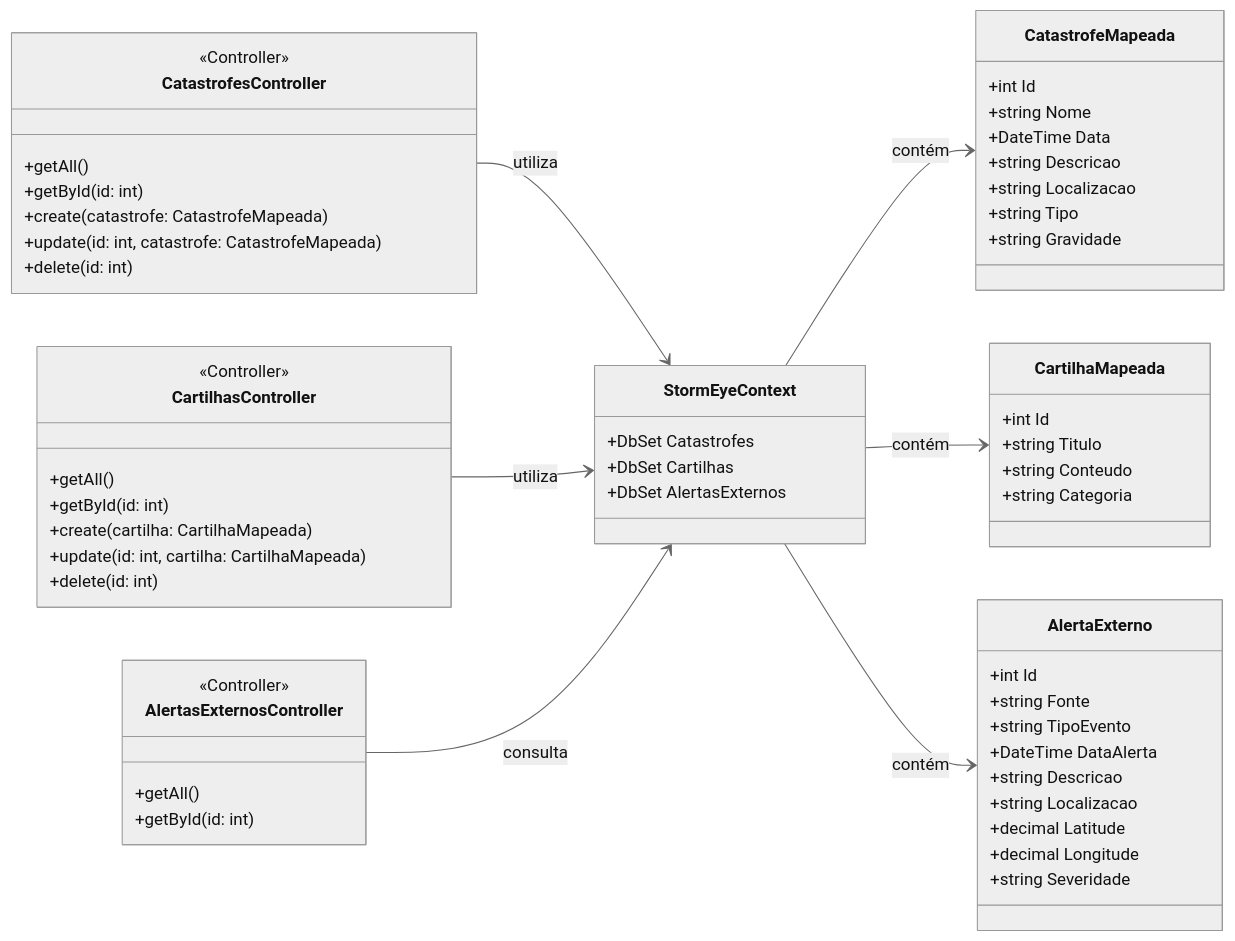
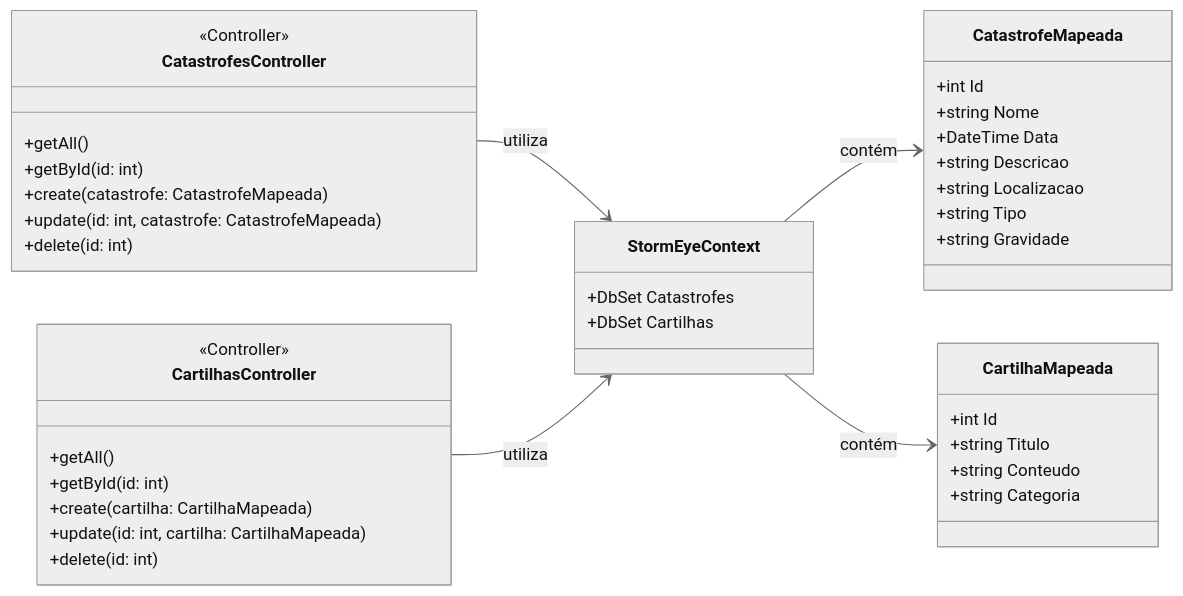
The diagram in README.md (AdonayRocha/StormEye), drawn with Mermaid (neutral theme) before and after one commit. The commit also changed other lines of this file, not shown here.

````diff
--- a/README.md
+++ b/README.md
@@ -101,70 +98,49 @@
 ```mermaid
 classDiagram
 direction LR
     class CatastrofeMapeada {
         +int Id
         +string Nome
         +DateTime Data
         +string Descricao
         +string Localizacao
         +string Tipo
         +string Gravidade
     }
 
     class CartilhaMapeada {
         +int Id
         +string Titulo
         +string Conteudo
         +string Categoria
     }
 
-    class AlertaExterno {
-        +int Id
-        +string Fonte
-        +string TipoEvento
-        +DateTime DataAlerta
-        +string Descricao
-        +string Localizacao
-        +decimal Latitude
-        +decimal Longitude
-        +string Severidade
-    }
-
     class StormEyeContext {
         +DbSet<CatastrofeMapeada> Catastrofes
         +DbSet<CartilhaMapeada> Cartilhas
-        +DbSet<AlertaExterno> AlertasExternos
     }
 
     class CatastrofesController {
         <<Controller>>
         +getAll()
         +getById(id: int)
         +create(catastrofe: CatastrofeMapeada)
         +update(id: int, catastrofe: CatastrofeMapeada)
         +delete(id: int)
     }
 
     class CartilhasController {
         <<Controller>>
         +getAll()
         +getById(id: int)
         +create(cartilha: CartilhaMapeada)
         +update(id: int, cartilha: CartilhaMapeada)
         +delete(id: int)
     }
 
-    class AlertasExternosController {
-        <<Controller>>
-        +getAll()
-        +getById(id: int)
-    }
-
     StormEyeContext --> CatastrofeMapeada : contém
     StormEyeContext --> CartilhaMapeada : contém
-    StormEyeContext --> AlertaExterno : contém
 
     CatastrofesController --> StormEyeContext : utiliza
     CartilhasController --> StormEyeContext : utiliza
-    AlertasExternosController --> StormEyeContext : consulta
 ```
````
